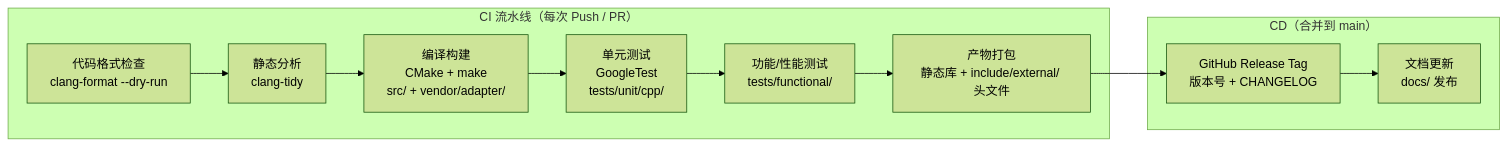
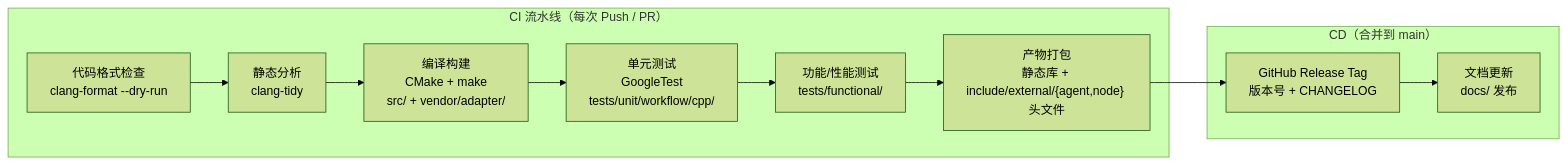
Diagram 13 of 17 in docs/ARCHITECTURE.md (xyz11274/agentf), drawn with Mermaid (forest theme) before and after one commit. The commit also changed other lines of this file and 123 other files, not shown here.

````diff
--- a/docs/ARCHITECTURE.md
+++ b/docs/ARCHITECTURE.md
@@ -1122,15 +1124,15 @@
 ```mermaid
 graph LR
     subgraph CI["CI 流水线（每次 Push / PR）"]
         Fmt["代码格式检查\nclang-format --dry-run"] --> Tidy["静态分析\nclang-tidy"]
         Tidy --> Build["编译构建\nCMake + make\nsrc/ + vendor/adapter/"]
-        Build --> Unit["单元测试\nGoogleTest\ntests/unit/cpp/"]
+        Build --> Unit["单元测试\nGoogleTest\ntests/unit/workflow/cpp/"]
         Unit --> Perf["功能/性能测试\ntests/functional/"]
-        Perf --> BinPkg["产物打包\n静态库 + include/external/ 头文件"]
+        Perf --> BinPkg["产物打包\n静态库 + include/external/{agent,node} 头文件"]
     end
 
     subgraph CD["CD（合并到 main）"]
         BinPkg --> RelTag["GitHub Release Tag\n版本号 + CHANGELOG"]
         RelTag --> DocUpdate["文档更新\ndocs/ 发布"]
     end
 ```
````
